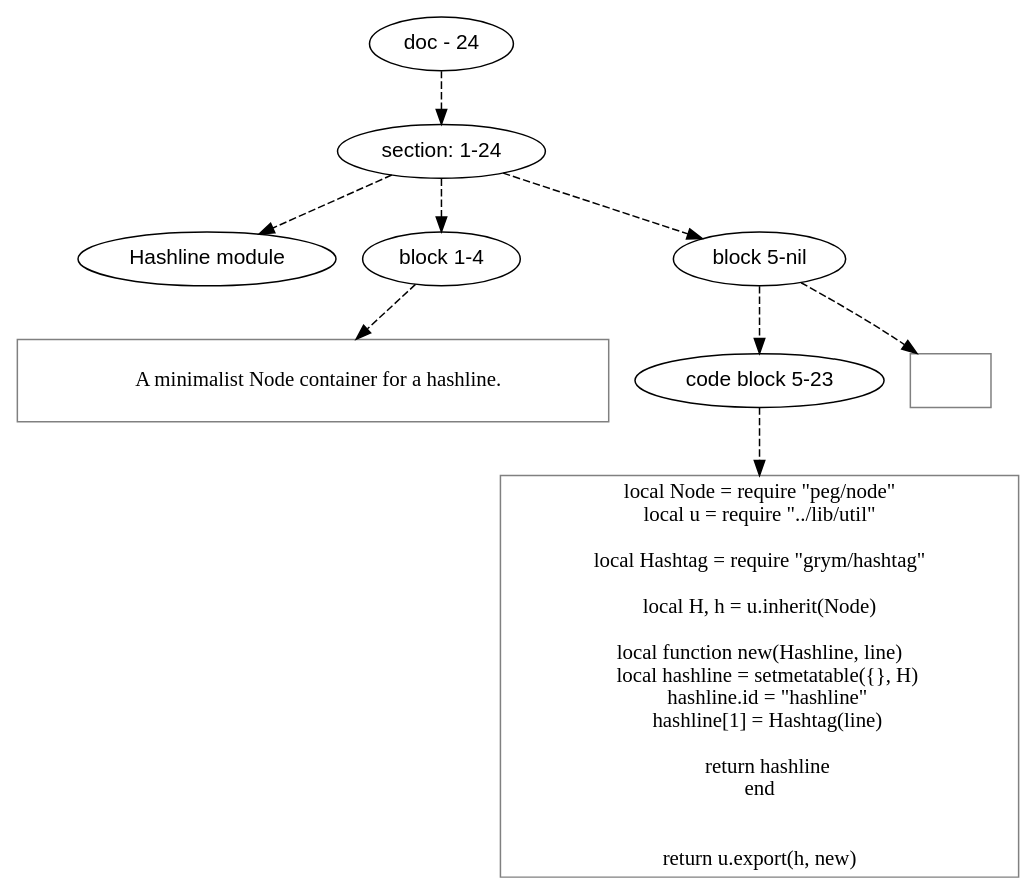
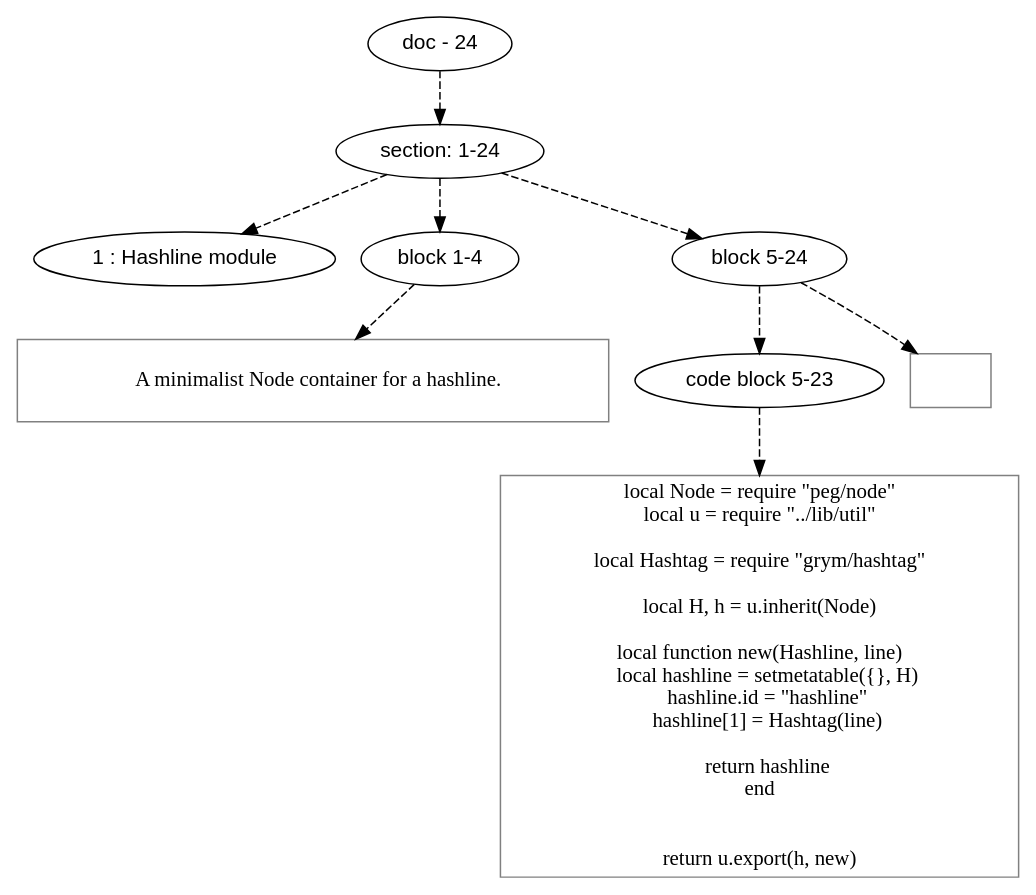
The diagram in doc/dot/grym/hashline.dot (mnemnion/orb), drawn with Graphviz before and after one commit. The commit also changed 80 other files, not shown here.

```diff
--- a/doc/dot/grym/hashline.dot
+++ b/doc/dot/grym/hashline.dot
@@ -1,53 +1,53 @@
 digraph hierarchy {
 
 node [fontname=Helvetica]
 edge [style=dashed]
 
 doc_0 [label="doc - 24"]
 
 doc_0 -> { section_1}
 {rank=same; section_1}
 
 section_1 [label="section: 1-24"]
 
 section_1 -> { header_2 block_3 block_4}
 {rank=same; header_2 block_3 block_4}
 
-header_2 [label="Hashline module"]
+header_2 [label="1 : Hashline module"]
 block_3 [label="block 1-4"]
-block_4 [label="block 5-nil"]
+block_4 [label="block 5-24"]
 
 
 block_3 -> leaf_5
 leaf_5  [color=Gray,shape=rectangle,fontname=Inconsolata,label="
    A minimalist Node container for a hashline.
 
 "]block_4 -> { codeblock_6}
 {rank=same; codeblock_6}
 
 codeblock_6 [label="code block 5-23"]
 
 
 codeblock_6 -> leaf_7
 leaf_7  [color=Gray,shape=rectangle,fontname=Inconsolata,label="local Node = require \"peg/node\"
 local u = require \"../lib/util\"
 
 local Hashtag = require \"grym/hashtag\"
 
 local H, h = u.inherit(Node)
 
 local function new(Hashline, line)
     local hashline = setmetatable({}, H)
     hashline.id = \"hashline\"
     hashline[1] = Hashtag(line)
 
     return hashline 
 end
 
 
 return u.export(h, new)
 "]
 block_4 -> leaf_8
 leaf_8  [color=Gray,shape=rectangle,fontname=Inconsolata,label="
 "]
 }
```
